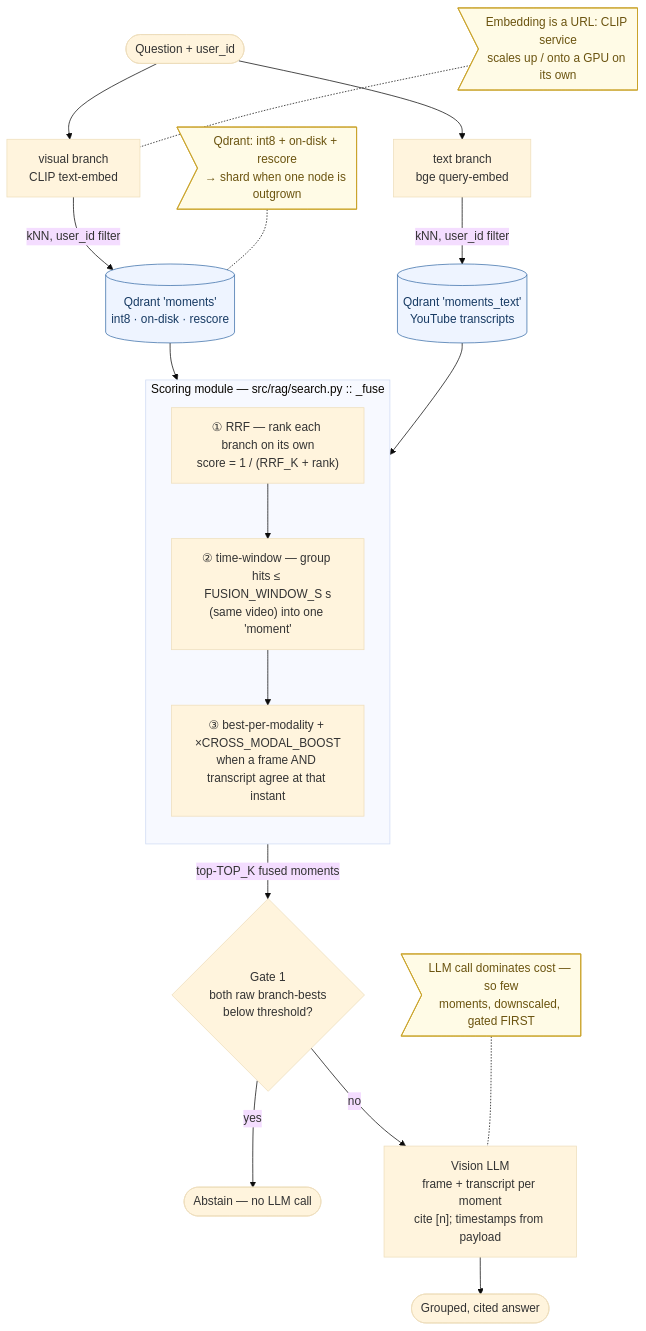
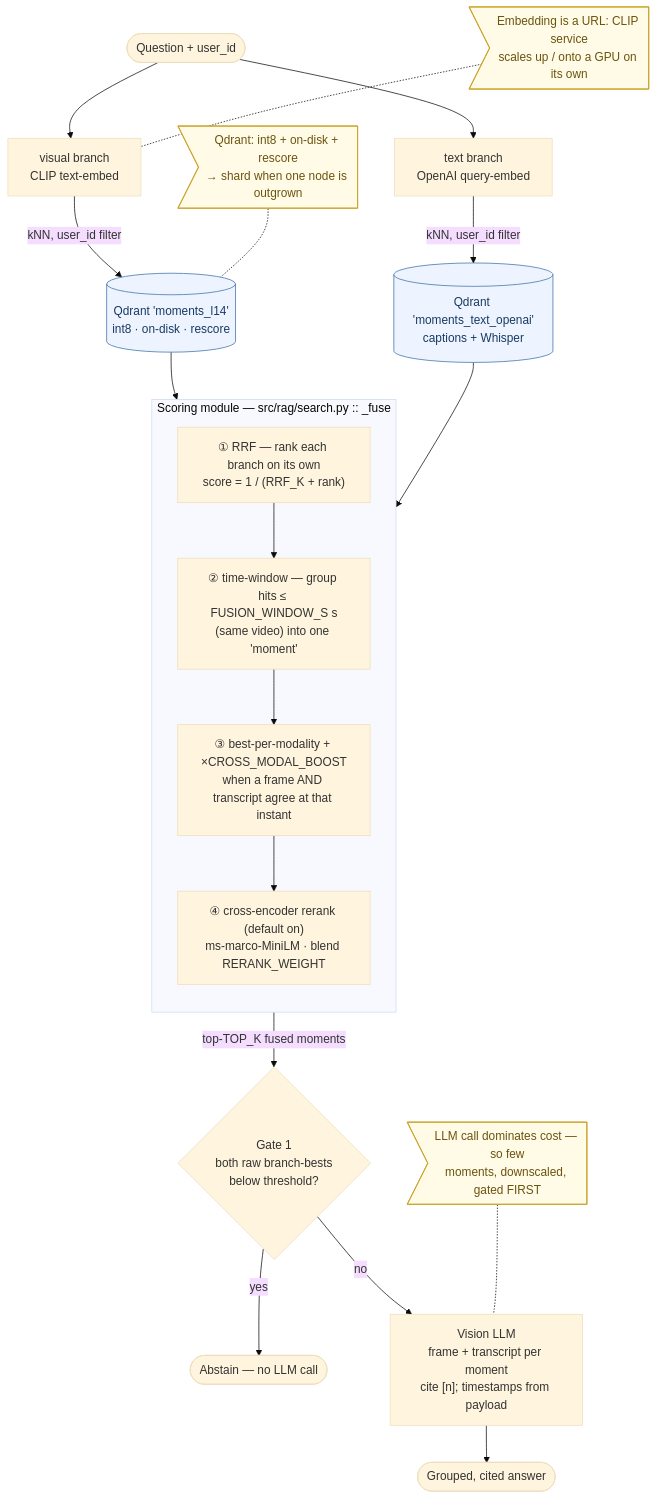
The second of 2 diagrams in README.md (traversaal-ai/momentsearch), drawn with Mermaid (base theme) before and after one commit. The commit also changed other lines of this file and 21 other files, not shown here.

First line of the commit message:
Add transcript branch, synced player, rerank, and provider-agnostic embeddings

````diff
--- a/README.md
+++ b/README.md
@@ -435,37 +473,38 @@
 ```mermaid
 flowchart TB
   q(["Question + user_id"])
   ve["visual branch<br/>CLIP text-embed"]
-  te["text branch<br/>bge query-embed"]
+  te["text branch<br/>OpenAI query-embed"]
   q --> ve
   q --> te
 
-  ve -->|"kNN, user_id filter"| vq[("Qdrant 'moments'<br/>int8 · on-disk · rescore")]
-  te -->|"kNN, user_id filter"| tq[("Qdrant 'moments_text'<br/>YouTube transcripts")]
+  ve -->|"kNN, user_id filter"| vq[("Qdrant 'moments_l14'<br/>int8 · on-disk · rescore")]
+  te -->|"kNN, user_id filter"| tq[("Qdrant 'moments_text_openai'<br/>captions + Whisper")]
 
   vq --> fuse
   tq --> fuse
 
   subgraph fuse["Scoring module — src/rag/search.py :: _fuse"]
     direction TB
     r["① RRF — rank each branch on its own<br/>score = 1 / (RRF_K + rank)"]
     w["② time-window — group hits ≤ FUSION_WINDOW_S s<br/>(same video) into one 'moment'"]
     b["③ best-per-modality + ×CROSS_MODAL_BOOST<br/>when a frame AND transcript agree at that instant"]
-    r --> w --> b
+    x["④ cross-encoder rerank (default on)<br/>ms-marco-MiniLM · blend RERANK_WEIGHT"]
+    r --> w --> b --> x
   end
 
   fuse -->|"top-TOP_K fused moments"| gate{"Gate 1<br/>both raw branch-bests<br/>below threshold?"}
   gate -->|"yes"| ab(["Abstain — no LLM call"])
   gate -->|"no"| llm["Vision LLM<br/>frame + transcript per moment<br/>cite [n]; timestamps from payload"]
   llm --> ans(["Grouped, cited answer"])
 
   %% scaling notes
   sc1>"Qdrant: int8 + on-disk + rescore<br/>→ shard when one node is outgrown"] -.- vq
   sc2>"Embedding is a URL: CLIP service<br/>scales up / onto a GPU on its own"] -.- ve
   sc3>"LLM call dominates cost — so few<br/>moments, downscaled, gated FIRST"] -.- llm
 
   classDef store fill:#eef4ff,stroke:#3b6ea8,color:#173a63;
   classDef note fill:#fffbe6,stroke:#c9a227,color:#6b5410;
   class vq,tq store;
   class sc1,sc2,sc3 note;
 ```
````
